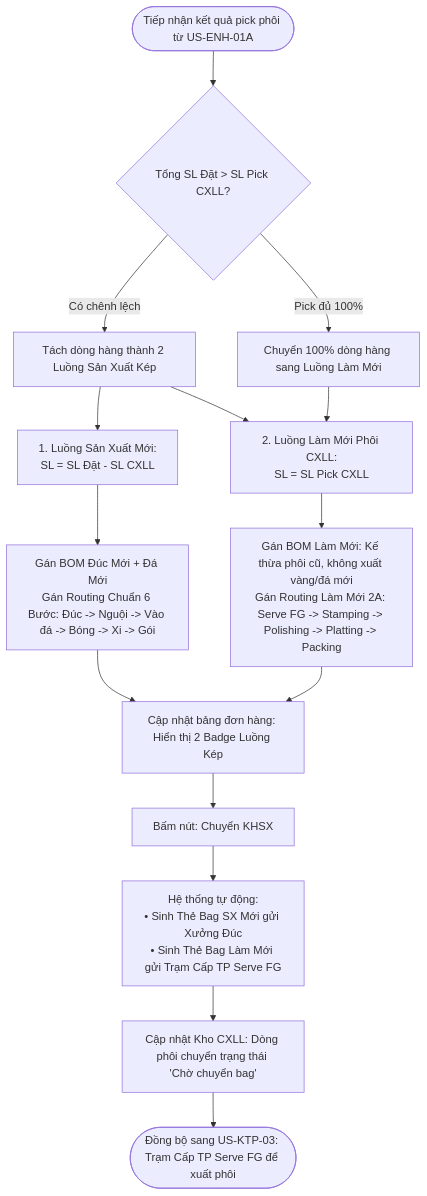
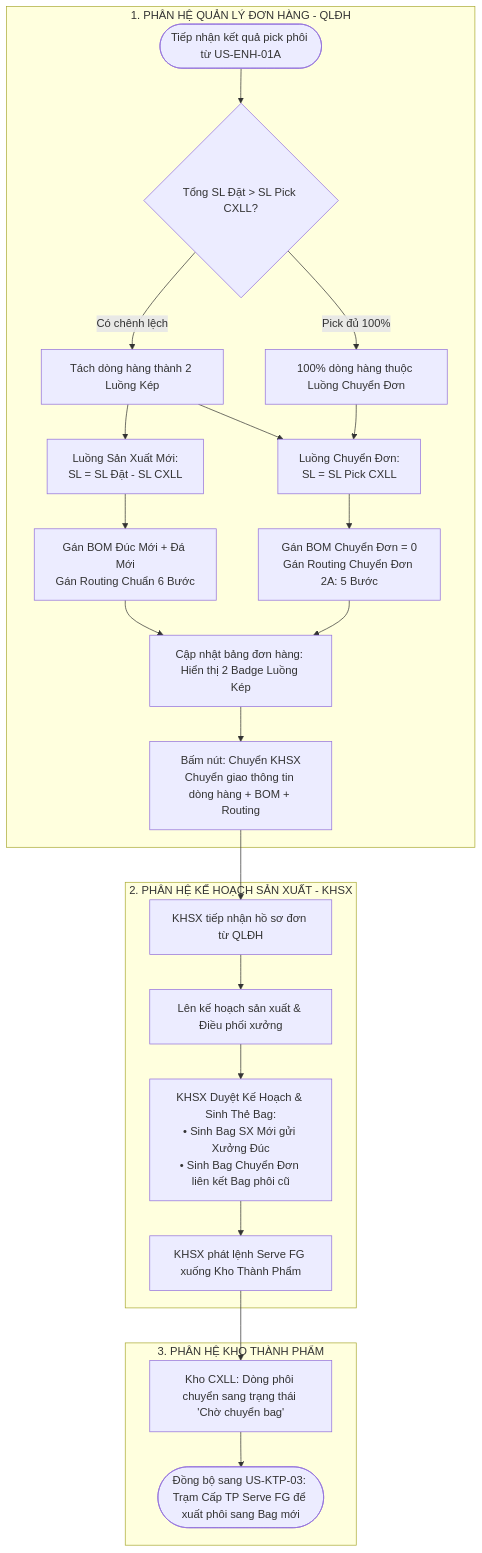
The diagram in docs/user-stories/US-ENH-01B-gan-item-cxll-va-phan-tach-luong-routing.md (midumidu1213-collab/order-prototype), drawn with Mermaid before and after one commit. The commit also changed other lines of this file and 3 other files, not shown here.

Commit message:
docs: update terminology to Item/Routing Chuyen Don, BOM = 0, and clarify QLDH vs KHSX responsibilities

````diff
--- a/docs/user-stories/US-ENH-01B-gan-item-cxll-va-phan-tach-luong-routing.md
+++ b/docs/user-stories/US-ENH-01B-gan-item-cxll-va-phan-tach-luong-routing.md
@@ -120,26 +133,32 @@
 ```mermaid
 flowchart TD
-    Start([Tiếp nhận kết quả pick phôi từ US-ENH-01A]) --> CheckSplit{Tổng SL Đặt > SL Pick CXLL?}
-    
-    CheckSplit -- Có chênh lệch --> DualFlow[Tách dòng hàng thành 2 Luồng Sản Xuất Kép]
-    CheckSplit -- Pick đủ 100% --> SingleRefurbish[Chuyển 100% dòng hàng sang Luồng Làm Mới]
-    
-    %% Luồng SX Mới
-    DualFlow --> FlowNew[1. Luồng Sản Xuất Mới:<br>SL = SL Đặt - SL CXLL]
-    FlowNew --> AssignStd[Gán BOM Đúc Mới + Đá Mới<br>Gán Routing Chuẩn 6 Bước: Đúc -> Nguội -> Vào đá -> Bóng -> Xi -> Gói]
-    
-    %% Luồng Làm Mới
-    DualFlow --> FlowRefurbish[2. Luồng Làm Mới Phôi CXLL:<br>SL = SL Pick CXLL]
-    SingleRefurbish --> FlowRefurbish
-    FlowRefurbish --> AssignRefurbish[Gán BOM Làm Mới: Kế thừa phôi cũ, không xuất vàng/đá mới<br>Gán Routing Làm Mới 2A: Serve FG -> Stamping -> Polishing -> Platting -> Packing]
-    
-    %% Hiển thị & Duyệt đơn
-    AssignStd --> UpdateSOView[Cập nhật bảng đơn hàng: Hiển thị 2 Badge Luồng Kép]
-    AssignRefurbish --> UpdateSOView
-    
-    UpdateSOView --> ConfirmKHSX[Bấm nút: Chuyển KHSX]
-    
-    ConfirmKHSX --> GenWorkOrders[Hệ thống tự động:<br>• Sinh Thẻ Bag SX Mới gửi Xưởng Đúc<br>• Sinh Thẻ Bag Làm Mới gửi Trạm Cấp TP Serve FG]
-    GenWorkOrders --> UpdateCXLLStatus[Cập nhật Kho CXLL: Dòng phôi chuyển trạng thái 'Chờ chuyển bag']
-    UpdateCXLLStatus --> EndServeFG([Đồng bộ sang US-KTP-03: Trạm Cấp TP Serve FG để xuất phôi])
+    subgraph SALES [1. PHÂN HỆ QUẢN LÝ ĐƠN HÀNG - QLĐH]
+        Start([Tiếp nhận kết quả pick phôi từ US-ENH-01A]) --> CheckSplit{Tổng SL Đặt > SL Pick CXLL?}
+        CheckSplit -- Có chênh lệch --> DualFlow[Tách dòng hàng thành 2 Luồng Kép]
+        CheckSplit -- Pick đủ 100% --> SingleTransfer[100% dòng hàng thuộc Luồng Chuyển Đơn]
+        
+        DualFlow --> FlowNew[Luồng Sản Xuất Mới:<br>SL = SL Đặt - SL CXLL]
+        FlowNew --> AssignStd[Gán BOM Đúc Mới + Đá Mới<br>Gán Routing Chuẩn 6 Bước]
+        
+        DualFlow --> FlowTransfer[Luồng Chuyển Đơn:<br>SL = SL Pick CXLL]
+        SingleTransfer --> FlowTransfer
+        FlowTransfer --> AssignTransfer[Gán BOM Chuyển Đơn = 0<br>Gán Routing Chuyển Đơn 2A: 5 Bước]
+        
+        AssignStd --> UpdateSOView[Cập nhật bảng đơn hàng: Hiển thị 2 Badge Luồng Kép]
+        AssignTransfer --> UpdateSOView
+        
+        UpdateSOView --> SendToKHSX[Bấm nút: Chuyển KHSX<br>Chuyển giao thông tin dòng hàng + BOM + Routing]
+    end
+
+    subgraph KHSX [2. PHÂN HỆ KẾ HOẠCH SẢN XUẤT - KHSX]
+        SendToKHSX --> ReceiveKHSX[KHSX tiếp nhận hồ sơ đơn từ QLĐH]
+        ReceiveKHSX --> PlanProduction[Lên kế hoạch sản xuất & Điều phối xưởng]
+        PlanProduction --> ApproveAndGenBag[KHSX Duyệt Kế Hoạch & Sinh Thẻ Bag:<br>• Sinh Bag SX Mới gửi Xưởng Đúc<br>• Sinh Bag Chuyển Đơn liên kết Bag phôi cũ]
+        ApproveAndGenBag --> PushServeFG[KHSX phát lệnh Serve FG xuống Kho Thành Phẩm]
+    end
+
+    subgraph WAREHOUSE [3. PHÂN HỆ KHO THÀNH PHẨM]
+        PushServeFG --> UpdateCXLLStatus[Kho CXLL: Dòng phôi chuyển sang trạng thái 'Chờ chuyển bag']
+        UpdateCXLLStatus --> EndServeFG([Đồng bộ sang US-KTP-03: Trạm Cấp TP Serve FG để xuất phôi sang Bag mới])
+    end
 ```
````
